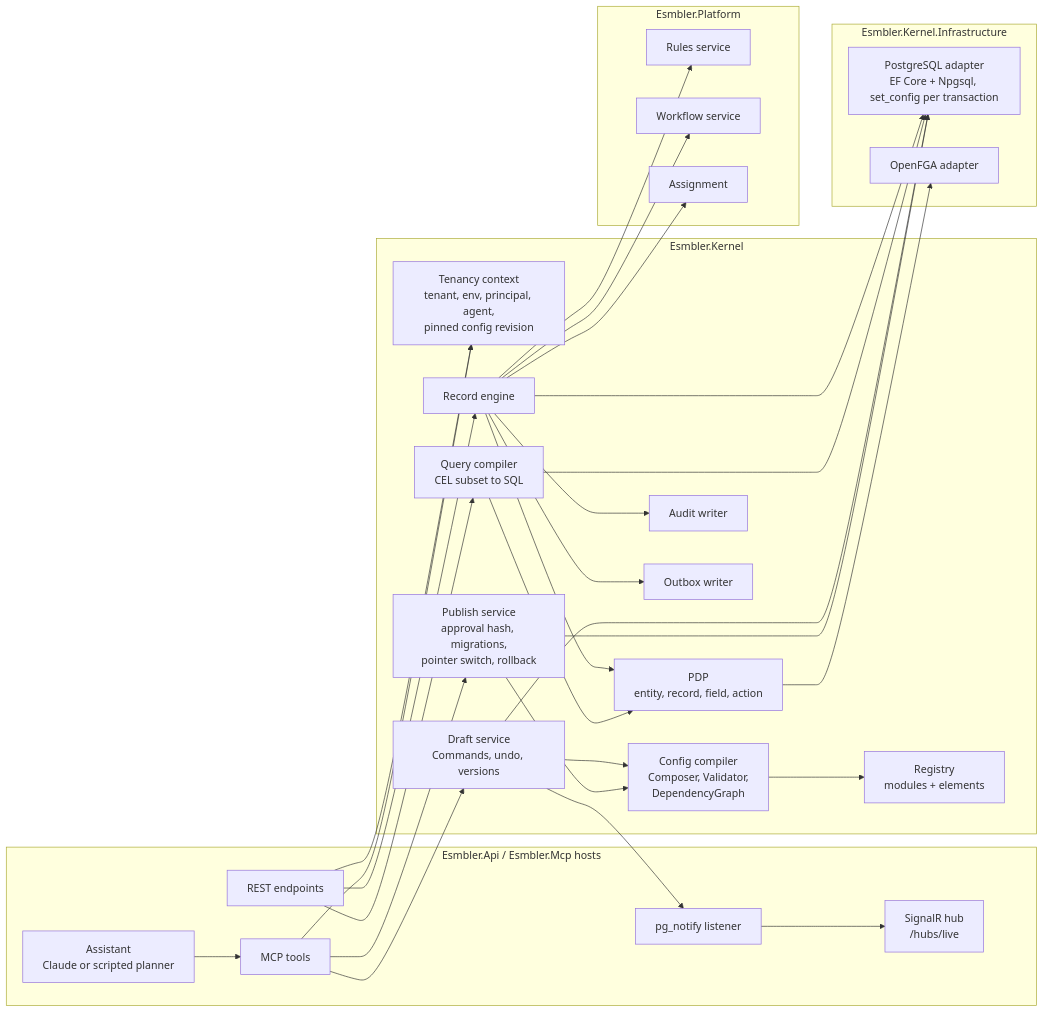
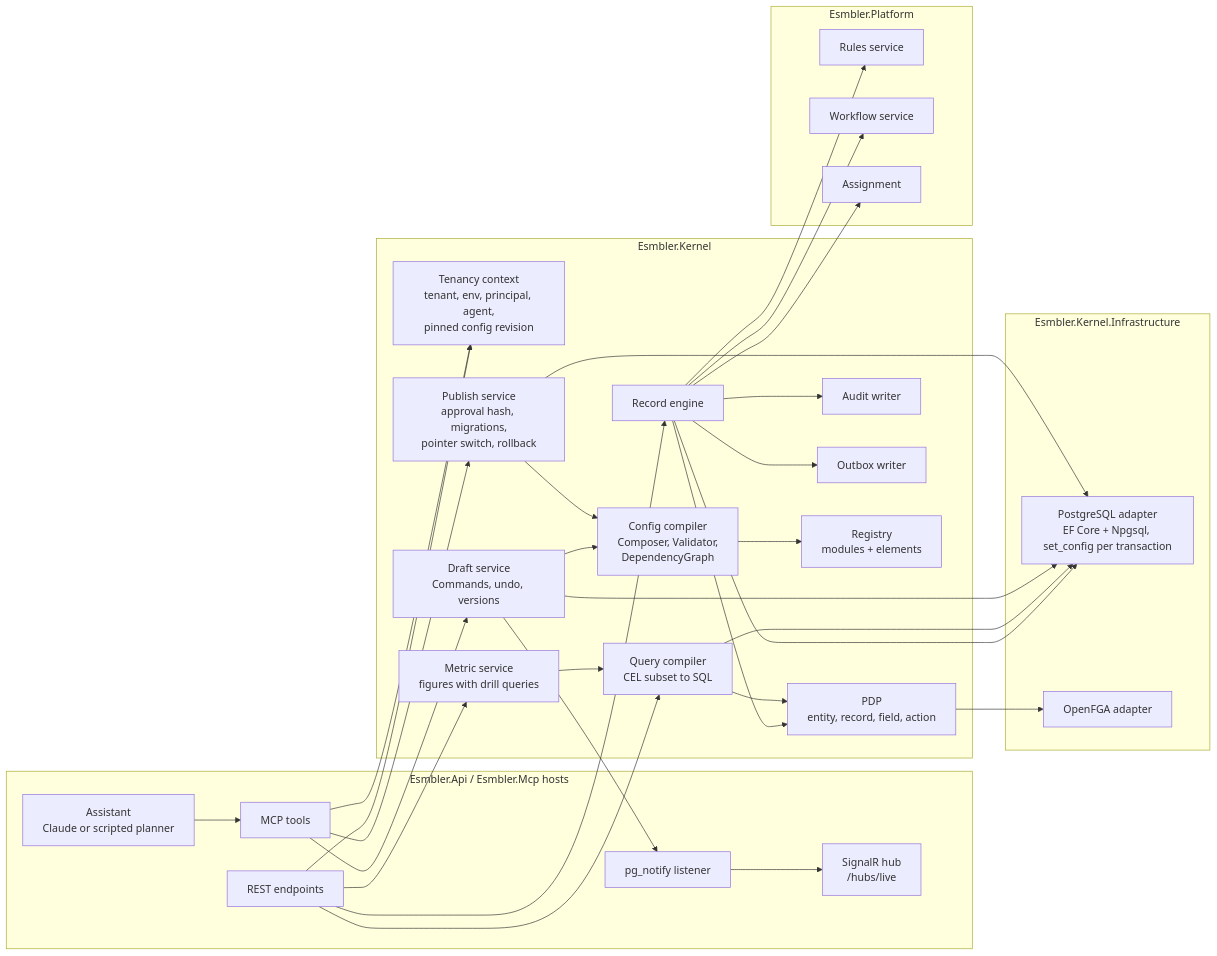
The third of 7 diagrams in docs/architecture/overview.md (DeadEndGG/esmbler), drawn with Mermaid before and after one commit. The commit also changed other lines of this file and 32 other files, not shown here.

````diff
--- a/docs/architecture/overview.md
+++ b/docs/architecture/overview.md
@@ -119,56 +119,59 @@
 ```mermaid
 flowchart LR
     subgraph host[Esmbler.Api / Esmbler.Mcp hosts]
         rest[REST endpoints]
         hub[SignalR hub<br/>/hubs/live]
         loop[Assistant<br/>Claude or scripted planner]
         tools[MCP tools]
         listen[pg_notify listener]
     end
     subgraph kernel[Esmbler.Kernel]
         ctx[Tenancy context<br/>tenant, env, principal, agent,<br/>pinned config revision]
         pdp[PDP<br/>entity, record, field, action]
         rec[Record engine]
         qc[Query compiler<br/>CEL subset to SQL]
+        met[Metric service<br/>figures with drill queries]
         draft[Draft service<br/>Commands, undo, versions]
         cc[Config compiler<br/>Composer, Validator,<br/>DependencyGraph]
         pub[Publish service<br/>approval hash, migrations,<br/>pointer switch, rollback]
         audit[Audit writer]
         outbox[Outbox writer]
         reg[Registry<br/>modules + elements]
     end
     subgraph platform[Esmbler.Platform]
         rules[Rules service]
         wf[Workflow service]
         asg[Assignment]
     end
     subgraph infra[Esmbler.Kernel.Infrastructure]
         pgad[PostgreSQL adapter<br/>EF Core + Npgsql, set_config per transaction]
         fgaad[OpenFGA adapter]
     end
 
     rest --> ctx
     tools --> ctx
     loop --> tools
     rest --> rec
     rest --> qc
+    rest --> met
+    met --> qc
     tools --> draft
     tools --> pub
     rec --> pdp
     qc --> pdp
     rec --> rules
     rec --> wf
     rec --> asg
     rec --> audit
     rec --> outbox
     draft --> cc
     pub --> cc
     cc --> reg
     draft --> listen
     listen --> hub
     pdp --> fgaad
     rec --> pgad
     qc --> pgad
     draft --> pgad
     pub --> pgad
 ```
````
